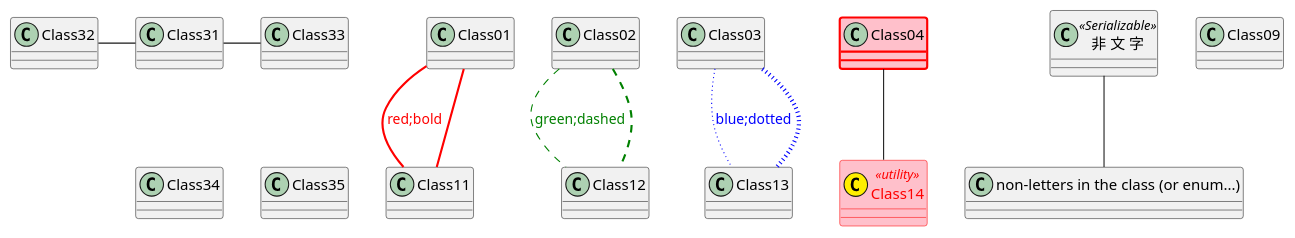
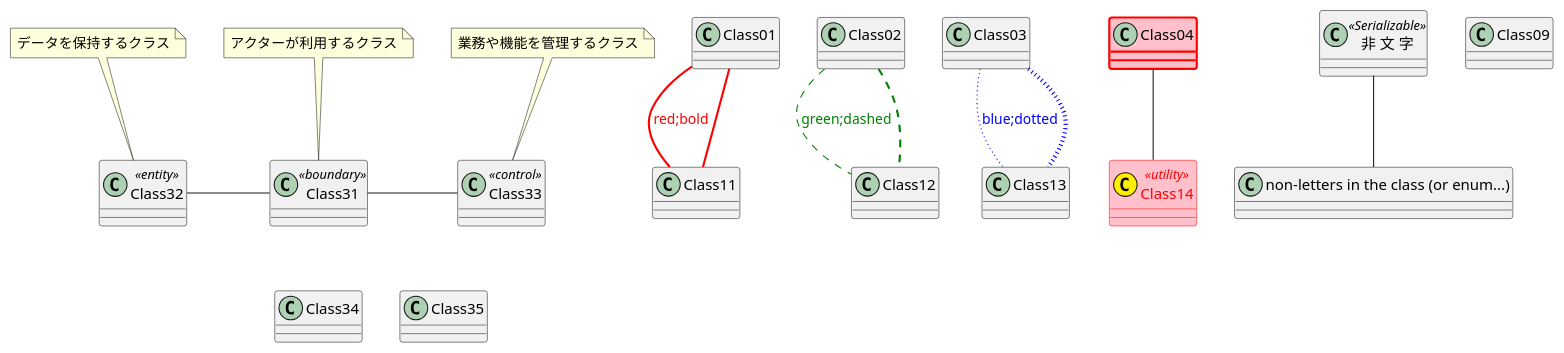
Before and after one commit to yzkn/PlantUML-CheatSheet: the tenth of 12 diagrams in src/14-000-クラス図.md, drawn with PlantUML. The commit also changed other lines of this file, not shown here.

````diff
--- a/src/14-000-クラス図.md
+++ b/src/14-000-クラス図.md
@@ -252,60 +252,66 @@
 ```plantuml
 
 @startuml
 
 ' 空の属性・操作を省略
 ' hide empty members
 
 ' その他の省略
 ' hide empty fields, hide empty attributes
 ' hide empty methods
 ' hide fields, hide attributes
 ' hide circle
 ' hide stereotype
 ' hide members
 ' hide Class51
 ' hide <<Serializable>> members
 
 ' 孤立したクラスの省略
 ' hide @unlinked
 
 ' 削除
 ' remove Class51
 
 ' 孤立したクラスの削除
 ' remove @unlinked
 
 
 ' bold、dashed、dotted、hidden、plain
 Class01 -- Class11 #line:red;line.bold;text:red : red;bold
 Class02 -- Class12 #line:green;line.dashed;text:green : green;dashed
 Class03 -- Class13 #line:blue;line.dotted;text:blue : blue;dotted
 Class01 -[#red,bold]- Class11
 Class02 -[#green,dashed,thickness=2]- Class12
 Class03 -[#blue,dotted,thickness=4]- Class13
 
 class Class04 #pink ##[bold]red
 class Class14 << (C,#FFEE00) utility >> #pink;line:red;text:red
 Class04 -- Class14
 
 ' 水平方向 left, right, up, down
+class Class31 <<boundary>>
+note top : アクターが利用するクラス
+class Class32 <<entity>>
+note top : データを保持するクラス
+class Class33 <<control>>
+note top : 業務や機能を管理するクラス
 Class31 -left- Class32
 Class31 -      Class33
 
 ' bold、dashed、dotted、hidden、plain
 Class34 -[hidden]>  Class35 /' 水平方向に揃える '/
 Class31 -[hidden]-> Class34 /' 垂直方向に揃える '/
 Class01 -[hidden]> Class02
 Class02 -[hidden]> Class03
 
 class "非 文 字" as Class07 <<Serializable>>
 class Class08 as "non-letters in the class (or enum...)"
 Class07 -- Class08
 
 ' 孤立したクラスの省略
 ' hide @unlinked
 class Class09
 
 @enduml
 
 ```
````
